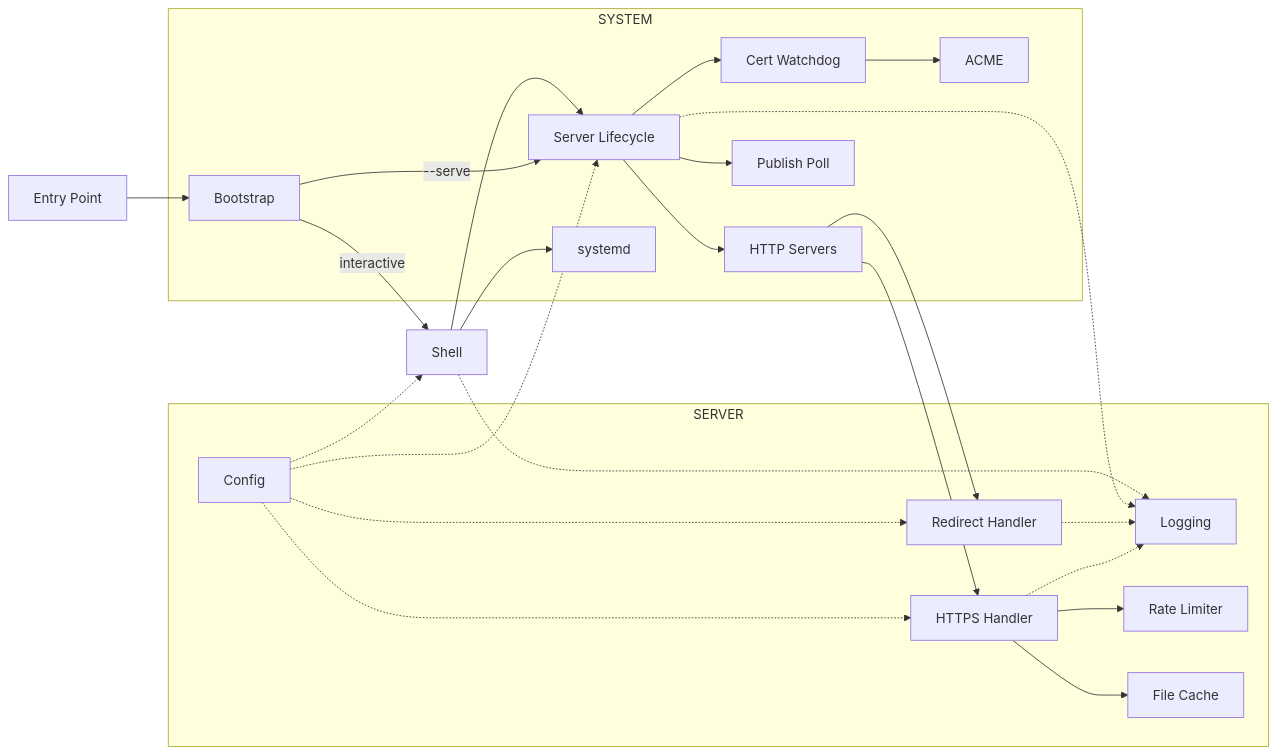
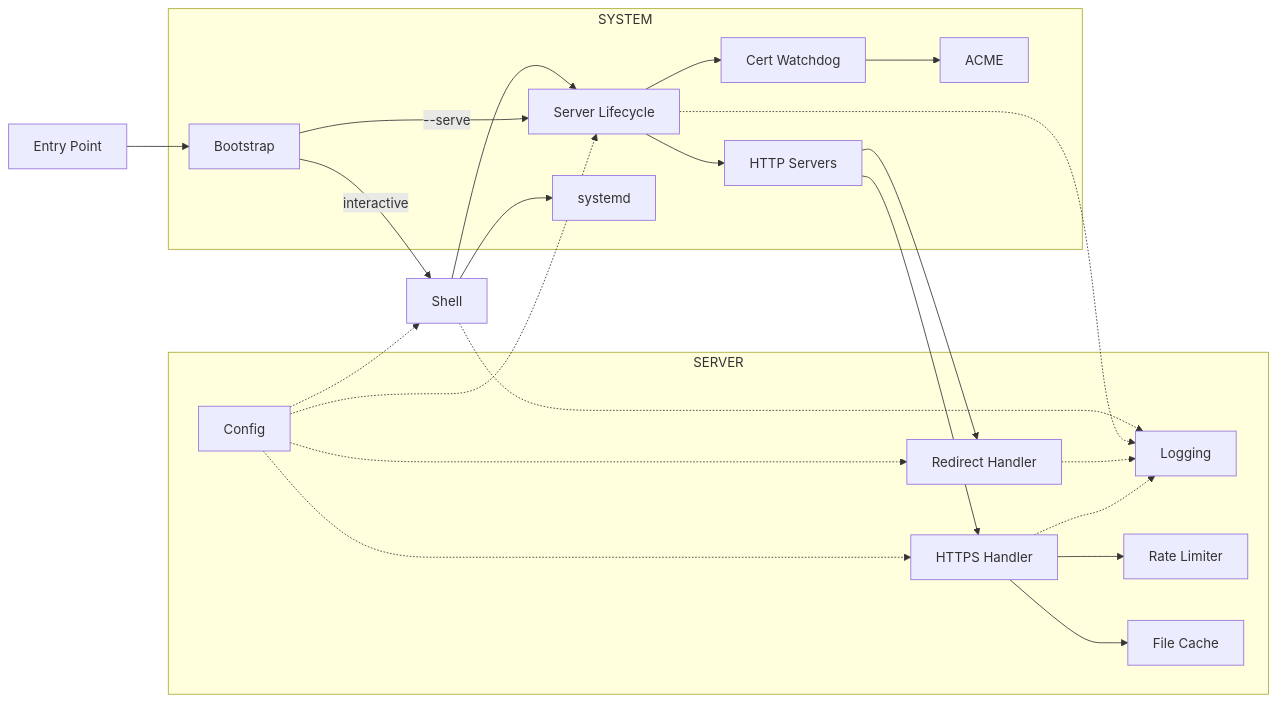
The diagram in DESIGN.md (andy-emerson/Servette), drawn with Mermaid before and after one commit. The commit also changed other lines of this file and 2 other files, not shown here.

````diff
--- a/DESIGN.md
+++ b/DESIGN.md
@@ -57,53 +57,51 @@
 ```mermaid
 graph LR
     EP[Entry Point]
 
     subgraph SERVER
         CFG[Config]
         LOG[Logging]
         RL[Rate Limiter]
         FC[File Cache]
         HTTPS[HTTPS Handler]
         HTTP[Redirect Handler]
     end
 
     subgraph SYSTEM
         BS[Bootstrap]
         SRV[Server Lifecycle]
         ASG[HTTP Servers]
         CW[Cert Watchdog]
-        PP[Publish Poll]
         ACME[ACME]
         SD[systemd]
     end
 
     SH[Shell]
 
     CFG -.-> HTTPS
     CFG -.-> HTTP
     CFG -.-> SRV
     CFG -.-> SH
 
     EP --> BS
     BS -->|--serve| SRV
     BS -->|interactive| SH
 
     SH --> SRV
     SH --> SD
 
     SRV --> ASG
     SRV --> CW
-    SRV --> PP
     ASG --> HTTPS
     ASG --> HTTP
 
     CW --> ACME
 
     HTTPS --> RL
     HTTPS --> FC
 
     HTTPS -.-> LOG
     HTTP -.-> LOG
     SRV -.-> LOG
     SH -.-> LOG
 ```
````
